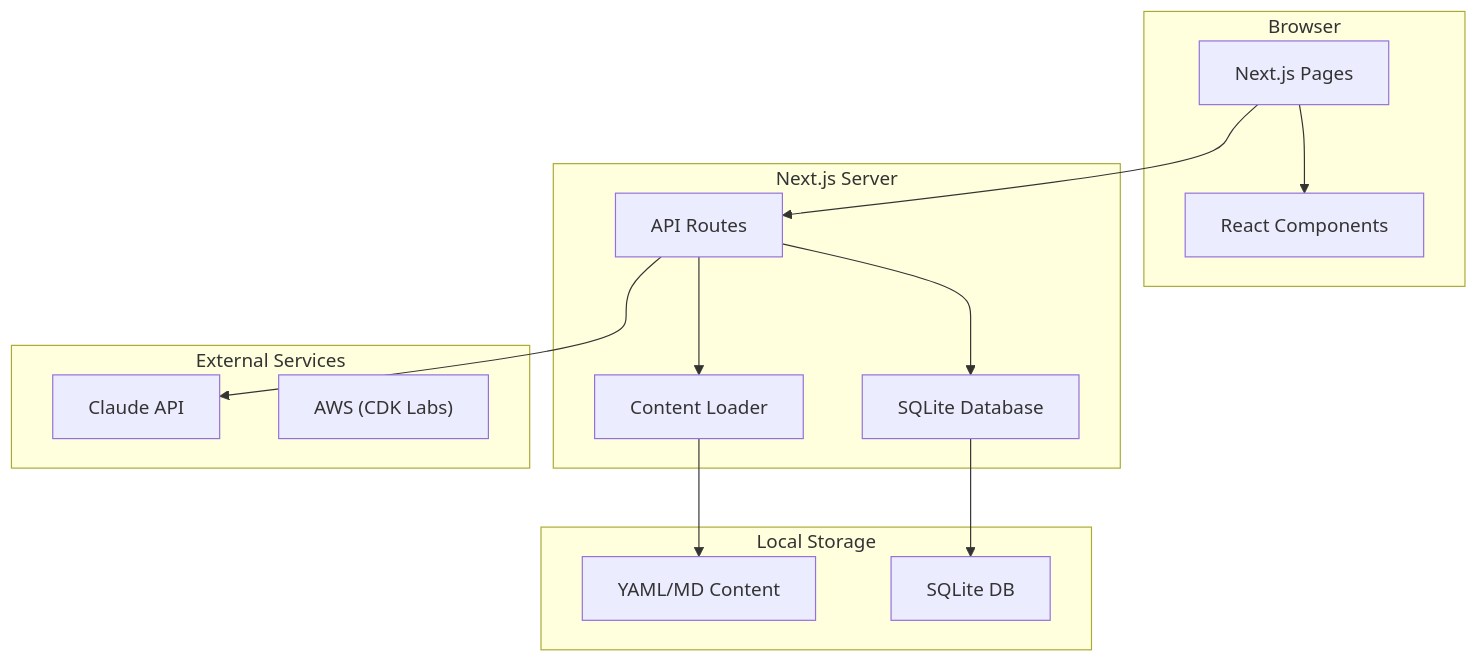
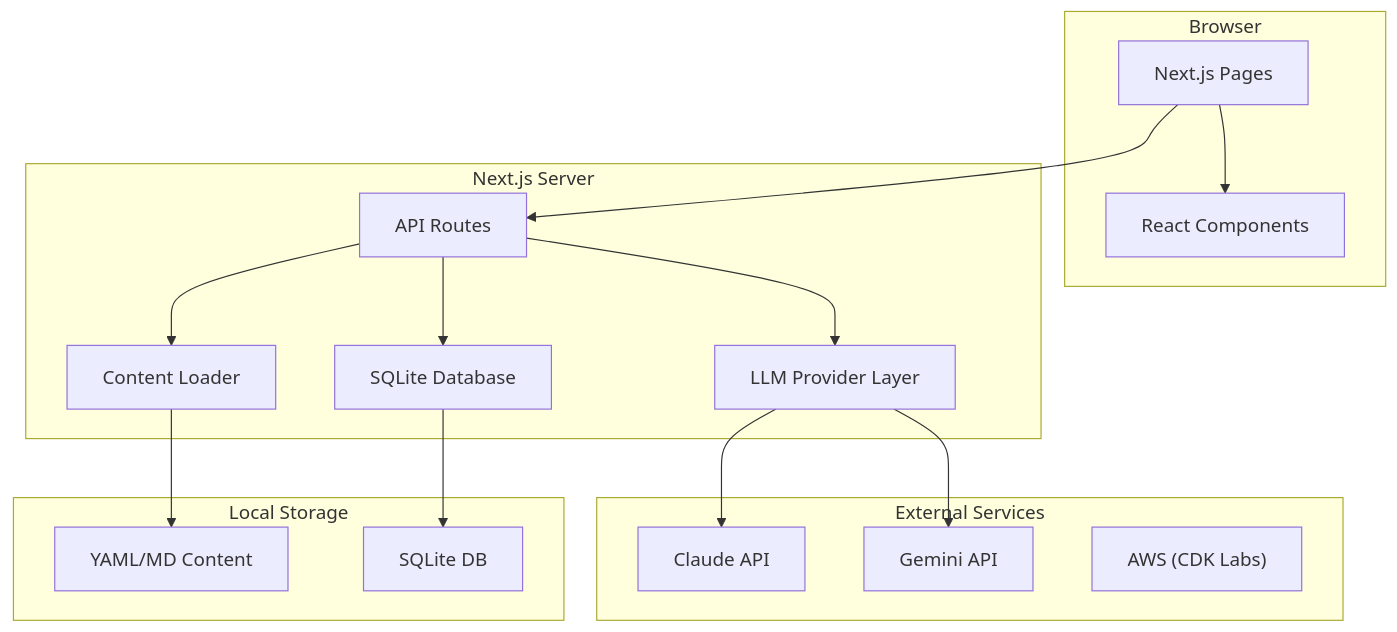
The first of 5 diagrams in docs/CODEBASE_MAP.md (atbrace/sa-pro-study-companion), drawn with Mermaid before and after one commit. The commit also changed other lines of this file and 4 other files, not shown here.

````diff
--- a/docs/CODEBASE_MAP.md
+++ b/docs/CODEBASE_MAP.md
@@ -15,31 +15,35 @@
 ```mermaid
 graph TB
     subgraph Client["Browser"]
         Pages["Next.js Pages"]
         Components["React Components"]
     end
 
     subgraph Server["Next.js Server"]
         API["API Routes"]
         Content["Content Loader"]
         DB["SQLite Database"]
+        LLM["LLM Provider Layer"]
     end
 
     subgraph External["External Services"]
         Claude["Claude API"]
+        Gemini["Gemini API"]
         AWS["AWS (CDK Labs)"]
     end
 
     subgraph Storage["Local Storage"]
         YAML["YAML/MD Content"]
         SQLite["SQLite DB"]
     end
 
     Pages --> API
     Pages --> Components
     API --> Content
     API --> DB
-    API --> Claude
+    API --> LLM
+    LLM --> Claude
+    LLM --> Gemini
     Content --> YAML
     DB --> SQLite
 ```
````
